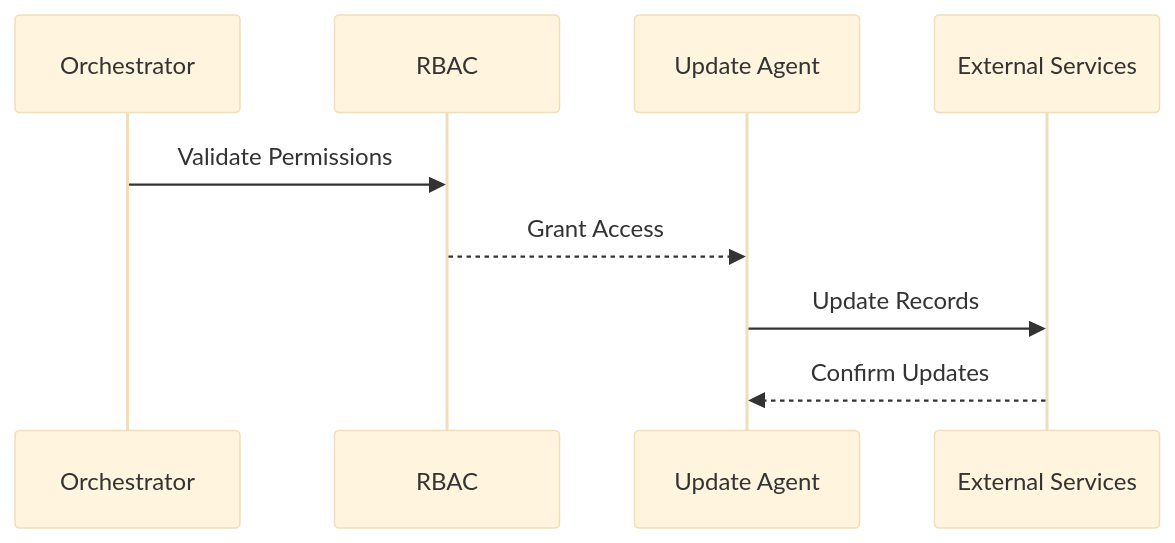
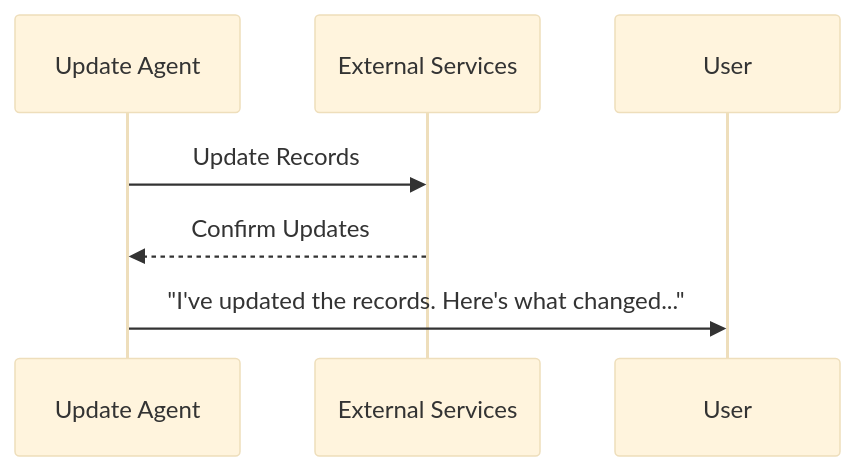
Before and after one commit to jenishIC/documents: the ninth of 10 diagrams in agentic_usecase.md, drawn with Mermaid (base theme). The commit also changed other lines of this file, not shown here.

````diff
--- a/agentic_usecase.md
+++ b/agentic_usecase.md
@@ -79,7 +263,6 @@
    ```mermaid
    sequenceDiagram
-   Orchestrator->>RBAC: Validate Permissions
-   RBAC-->>Update Agent: Grant Access
    Update Agent->>External Services: Update Records
    External Services-->>Update Agent: Confirm Updates
+   Update Agent->>User: "I've updated the records. Here's what changed..."
    ```
````
